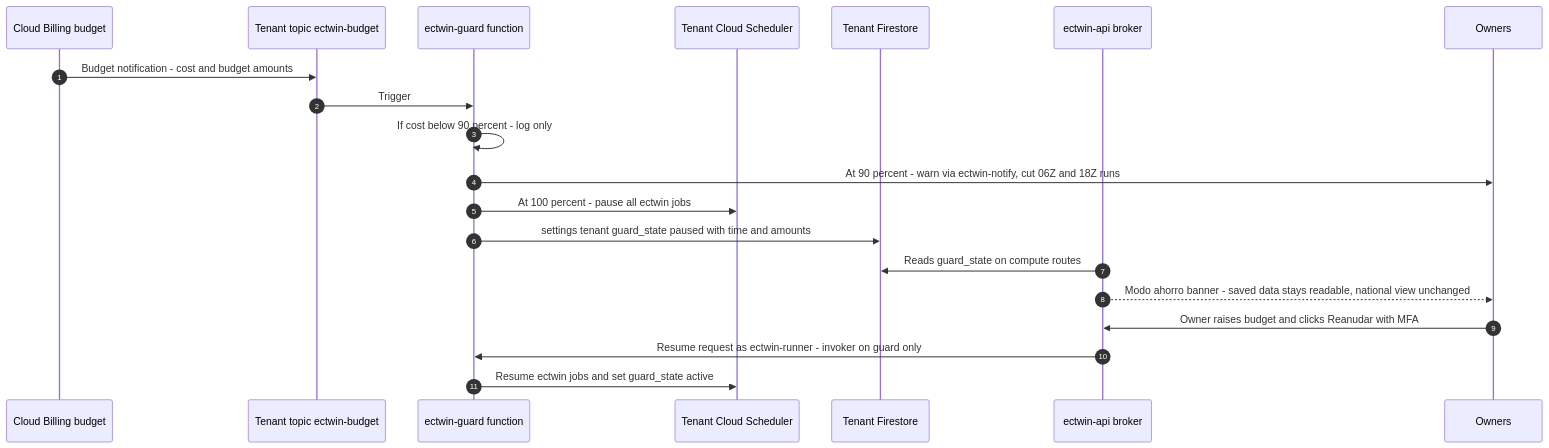
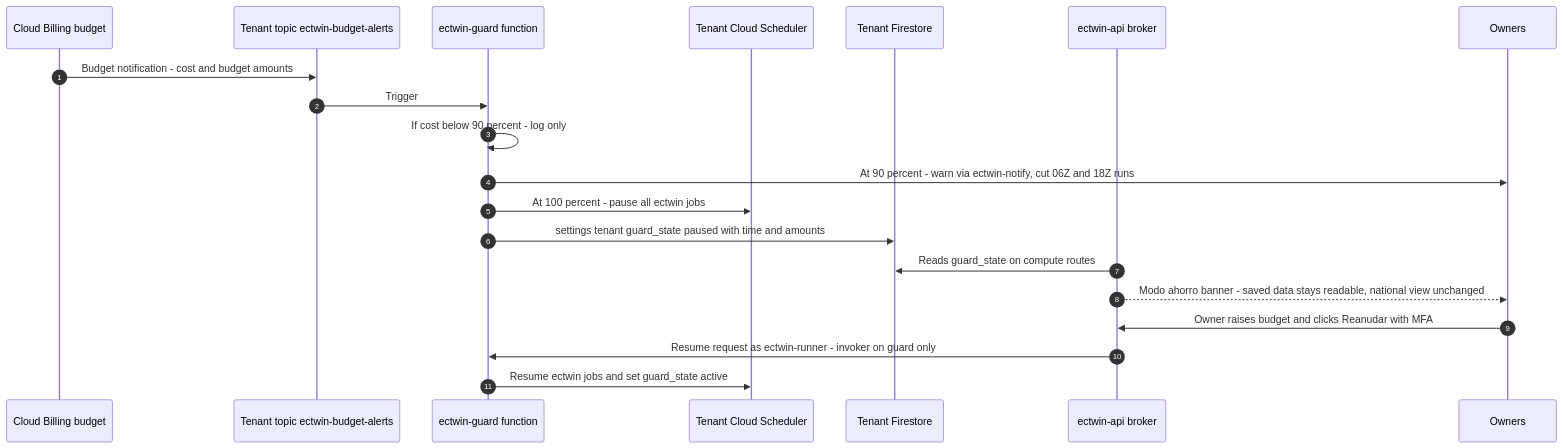
One commit to mcastroarroyo/weathernext changed the fifth of 5 diagrams in docs/04-identity-tenancy-byo-gcp.md. Above: the diagram before and after it, drawn with Mermaid. The commit also changed other lines of this file, not shown here.

````diff
--- a/docs/04-identity-tenancy-byo-gcp.md
+++ b/docs/04-identity-tenancy-byo-gcp.md
@@ -1169,22 +1184,22 @@
 ```mermaid
 sequenceDiagram
   autonumber
   participant BB as Cloud Billing budget
-  participant PS as Tenant topic ectwin-budget
+  participant PS as Tenant topic ectwin-budget-alerts
   participant G as ectwin-guard function
   participant SC as Tenant Cloud Scheduler
   participant FS as Tenant Firestore
   participant B as ectwin-api broker
   participant N as Owners
   BB->>PS: Budget notification - cost and budget amounts
   PS->>G: Trigger
   G->>G: If cost below 90 percent - log only
   G->>N: At 90 percent - warn via ectwin-notify, cut 06Z and 18Z runs
   G->>SC: At 100 percent - pause all ectwin jobs
   G->>FS: settings tenant guard_state paused with time and amounts
   B->>FS: Reads guard_state on compute routes
   B-->>N: Modo ahorro banner - saved data stays readable, national view unchanged
   N->>B: Owner raises budget and clicks Reanudar with MFA
   B->>G: Resume request as ectwin-runner - invoker on guard only
   G->>SC: Resume ectwin jobs and set guard_state active
 ```
````
